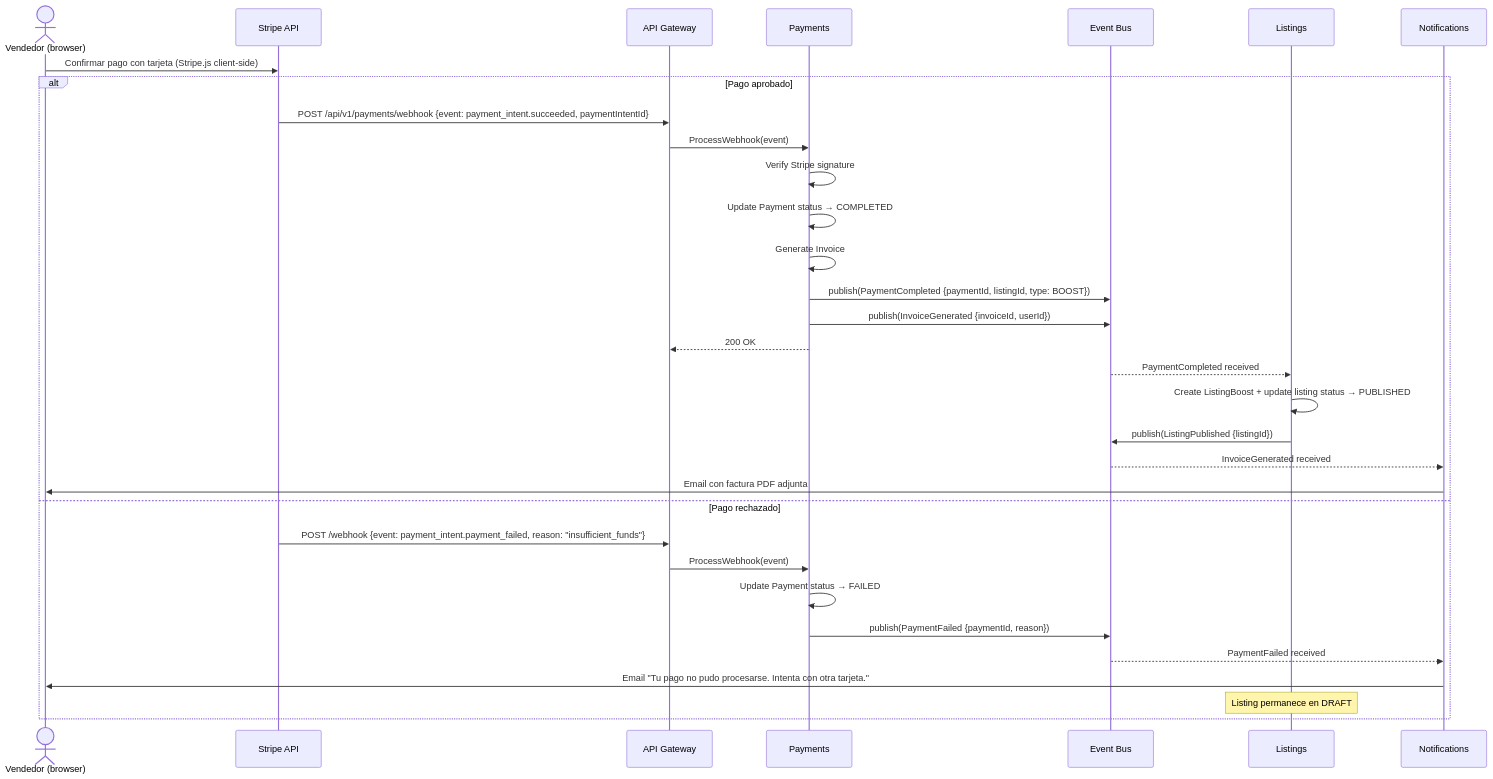
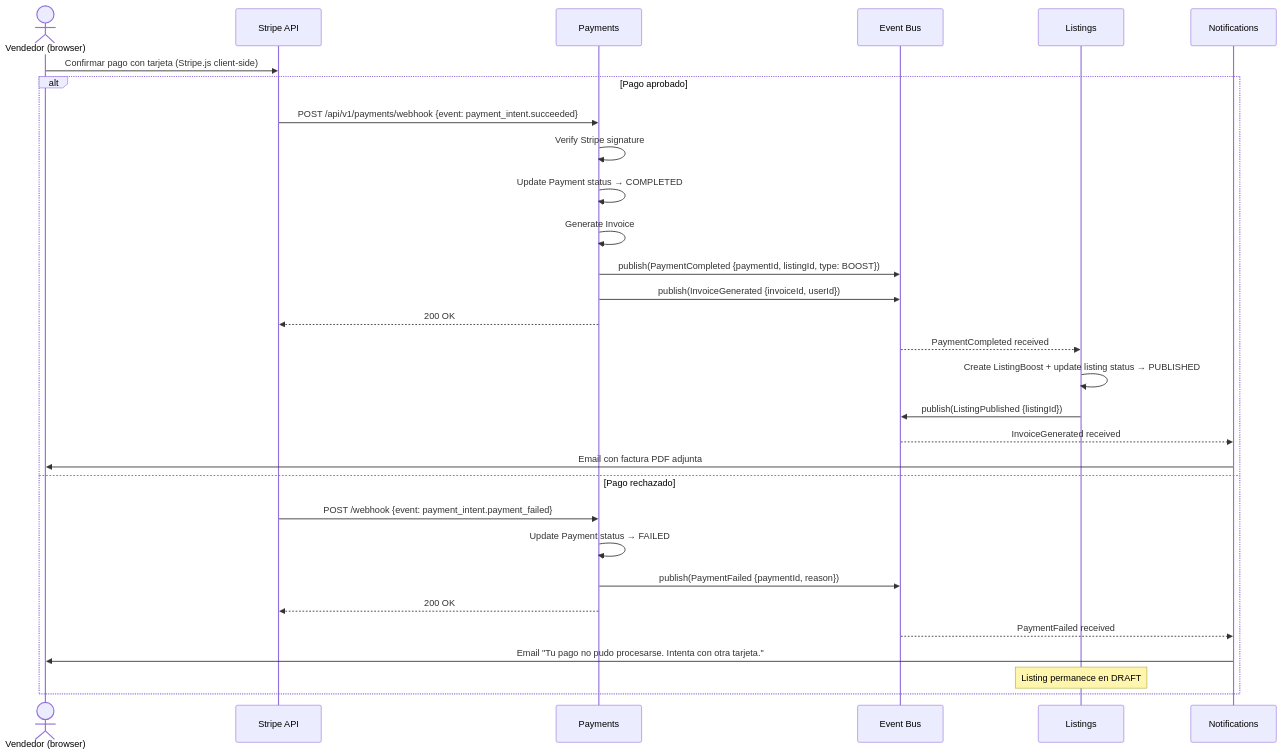
The second of 3 diagrams in Section 3 - Architecture Diagrams/Diagrams/03-data-flow.md (DouglasPrez/ProyectoArquitecturaSoftware), drawn with Mermaid before and after one commit. The commit also changed other lines of this file and 2 other files, not shown here.

Commit message:
Se modifican los archivos de los diagramas 1, 3 y 4 para poder alinear la explicación con las mejoras que se hicieron en los diagramas.

````diff
--- a/Section 3 - Architecture Diagrams/Diagrams/03-data-flow.md
+++ b/Section 3 - Architecture Diagrams/Diagrams/03-data-flow.md
@@ -42,37 +38,35 @@
 ```mermaid
 sequenceDiagram
     actor V as Vendedor (browser)
     participant Stripe as Stripe API
-    participant GW as API Gateway
     participant PAY as Payments
     participant EB as Event Bus
     participant LST as Listings
     participant NTF as Notifications
 
     V->>Stripe: Confirmar pago con tarjeta (Stripe.js client-side)
     
     alt Pago aprobado
-        Stripe->>GW: POST /api/v1/payments/webhook {event: payment_intent.succeeded, paymentIntentId}
-        GW->>PAY: ProcessWebhook(event)
+        Stripe->>PAY: POST /api/v1/payments/webhook {event: payment_intent.succeeded}
         PAY->>PAY: Verify Stripe signature
         PAY->>PAY: Update Payment status → COMPLETED
         PAY->>PAY: Generate Invoice
         PAY->>EB: publish(PaymentCompleted {paymentId, listingId, type: BOOST})
         PAY->>EB: publish(InvoiceGenerated {invoiceId, userId})
-        PAY-->>GW: 200 OK
+        PAY-->>Stripe: 200 OK
         EB-->>LST: PaymentCompleted received
         LST->>LST: Create ListingBoost + update listing status → PUBLISHED
         LST->>EB: publish(ListingPublished {listingId})
         EB-->>NTF: InvoiceGenerated received
         NTF->>V: Email con factura PDF adjunta
 
     else Pago rechazado
-        Stripe->>GW: POST /webhook {event: payment_intent.payment_failed, reason: "insufficient_funds"}
-        GW->>PAY: ProcessWebhook(event)
+        Stripe->>PAY: POST /webhook {event: payment_intent.payment_failed}
         PAY->>PAY: Update Payment status → FAILED
         PAY->>EB: publish(PaymentFailed {paymentId, reason})
+        PAY-->>Stripe: 200 OK
         EB-->>NTF: PaymentFailed received
         NTF->>V: Email "Tu pago no pudo procesarse. Intenta con otra tarjeta."
         Note over LST: Listing permanece en DRAFT
     end
 ```
````
